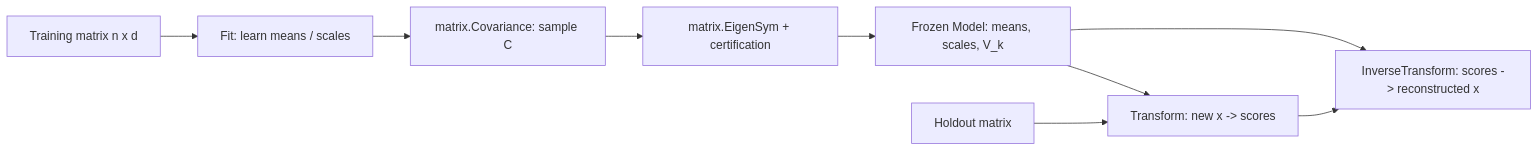
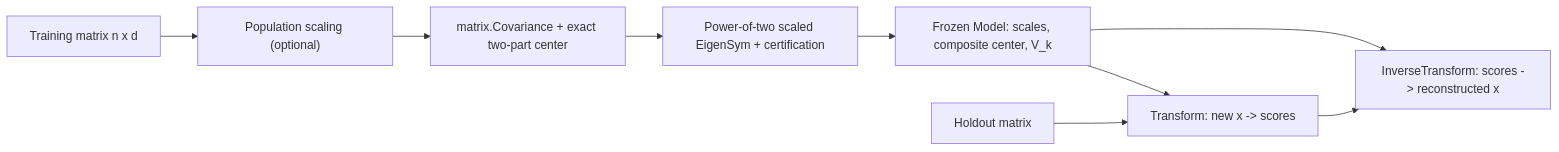
Before and after one commit to lvlath/go: the diagram in docs/PCA.md, drawn with Mermaid. The commit also changed other lines of this file and 11 other files, not shown here.

````diff
--- a/docs/PCA.md
+++ b/docs/PCA.md
@@ -40,11 +40,11 @@
 ```mermaid
 flowchart LR
-    A["Training matrix n x d"] --> B["Fit: learn means / scales"]
-    B --> C["matrix.Covariance: sample C"]
-    C --> D["matrix.EigenSym + certification"]
-    D --> E["Frozen Model: means, scales, V_k"]
+    A["Training matrix n x d"] --> B["Population scaling (optional)"]
+    B --> C["matrix.Covariance + exact two-part center"]
+    C --> D["Power-of-two scaled EigenSym + certification"]
+    D --> E["Frozen Model: scales, composite center, V_k"]
     E --> F["Transform: new x -> scores"]
     E --> G["InverseTransform: scores -> reconstructed x"]
     H["Holdout matrix"] --> F
     F --> G
 ```
````
